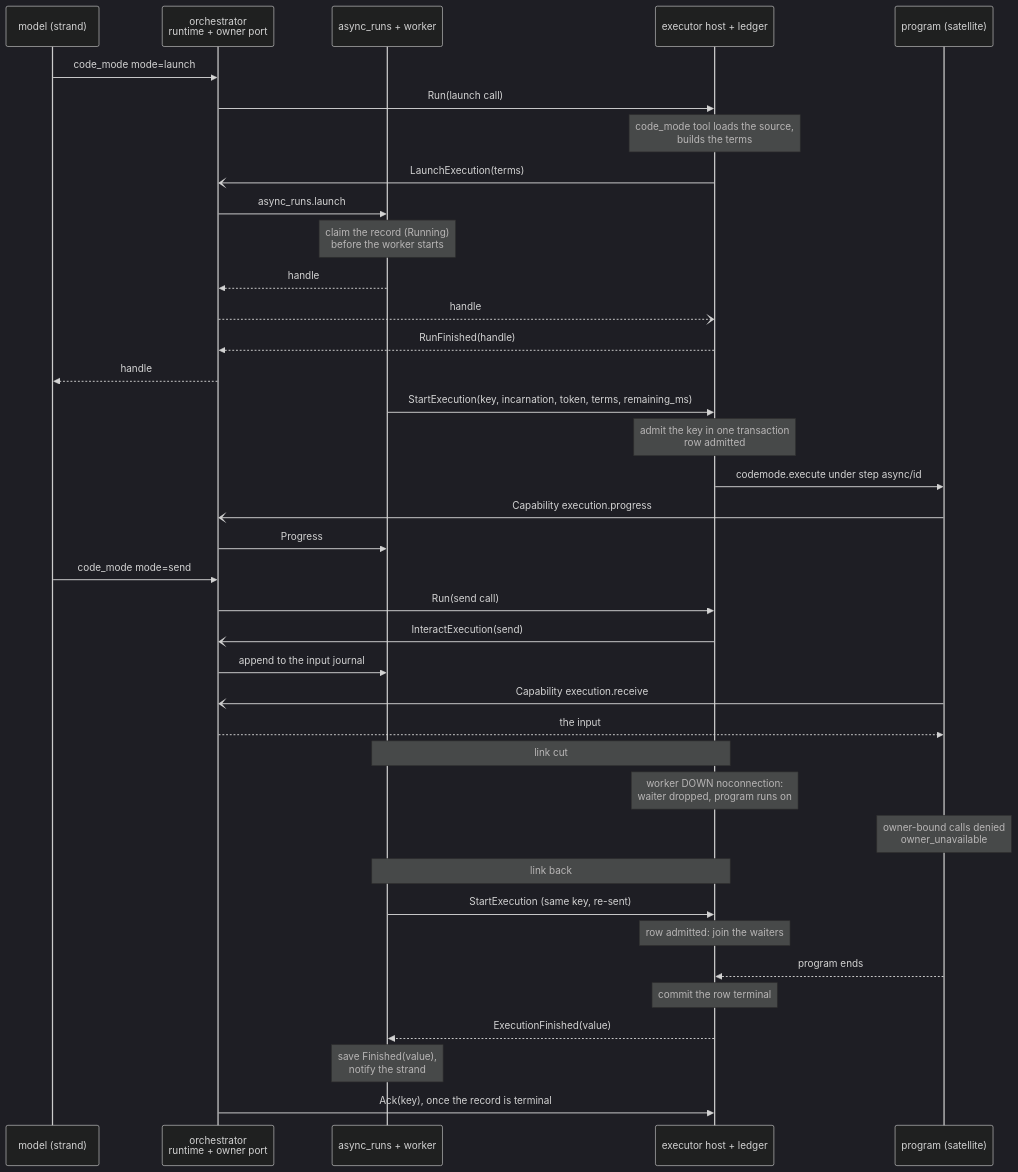
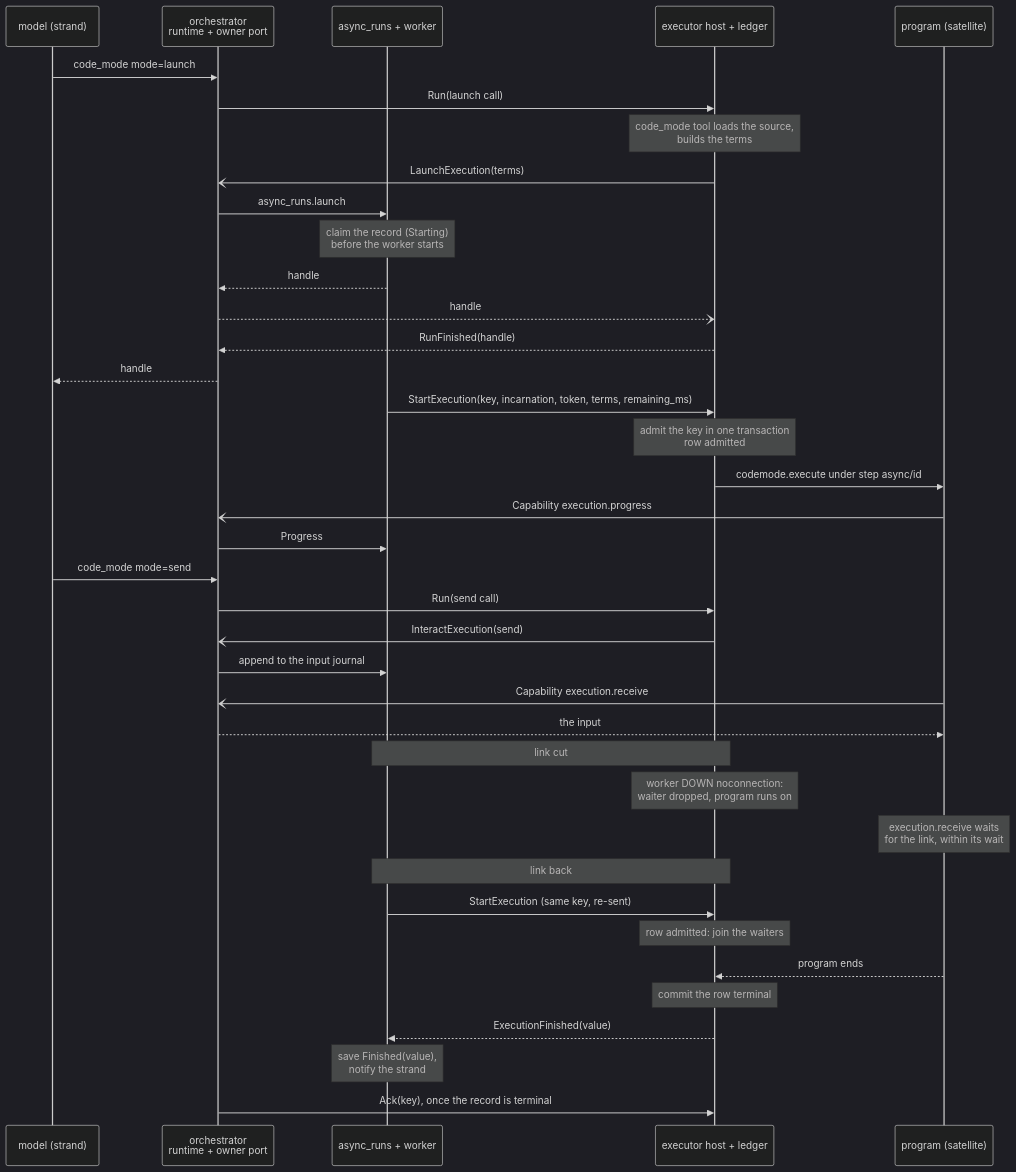
The third of 5 diagrams in docs/architecture/distributed.md (Roasbeef/loom), drawn with Mermaid (dark theme) before and after one commit. The commit also changed other lines of this file and 4 other files, not shown here.

````diff
--- a/docs/architecture/distributed.md
+++ b/docs/architecture/distributed.md
@@ -757,40 +757,40 @@
 ```mermaid
 sequenceDiagram
     participant M as model (strand)
     participant O as orchestrator<br/>runtime + owner port
     participant A as async_runs + worker
     participant H as executor host + ledger
     participant P as program (satellite)
     M->>O: code_mode mode=launch
     O->>H: Run(launch call)
     Note over H: code_mode tool loads the source,<br/>builds the terms
     H-)O: LaunchExecution(terms)
     O->>A: async_runs.launch
-    Note over A: claim the record (Running)<br/>before the worker starts
+    Note over A: claim the record (Starting)<br/>before the worker starts
     A-->>O: handle
     O--)H: handle
     H-->>O: RunFinished(handle)
     O-->>M: handle
     A->>H: StartExecution(key, incarnation, token, terms, remaining_ms)
     Note over H: admit the key in one transaction<br/>row admitted
     H->>P: codemode.execute under step async/id
     P-)O: Capability execution.progress
     O->>A: Progress
     M->>O: code_mode mode=send
     O->>H: Run(send call)
     H-)O: InteractExecution(send)
     O->>A: append to the input journal
     P-)O: Capability execution.receive
     O-->>P: the input
     Note over A,H: link cut
     Note over H: worker DOWN noconnection:<br/>waiter dropped, program runs on
-    Note over P: owner-bound calls denied<br/>owner_unavailable
+    Note over P: execution.receive waits<br/>for the link, within its wait
     Note over A,H: link back
     A->>H: StartExecution (same key, re-sent)
     Note over H: row admitted: join the waiters
     P-->>H: program ends
     Note over H: commit the row terminal
     H-->>A: ExecutionFinished(value)
     Note over A: save Finished(value),<br/>notify the strand
     O->>H: Ack(key), once the record is terminal
 ```
````
